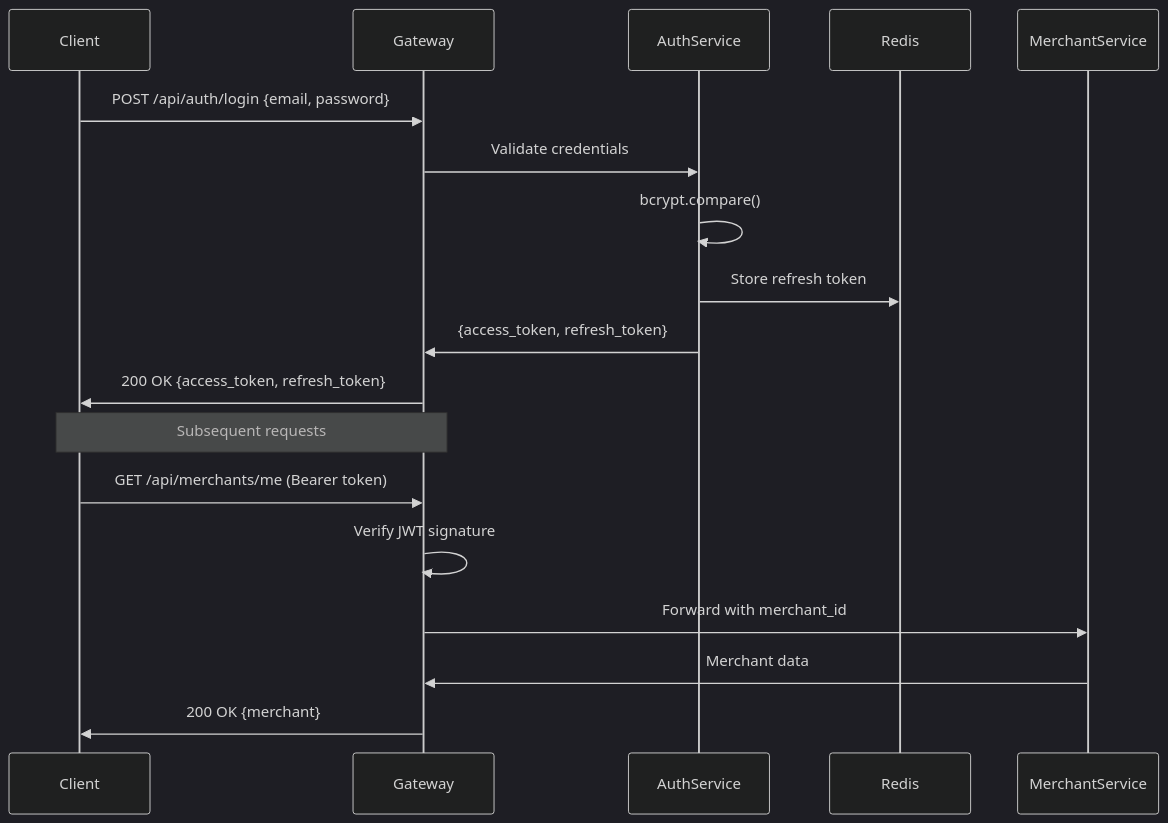
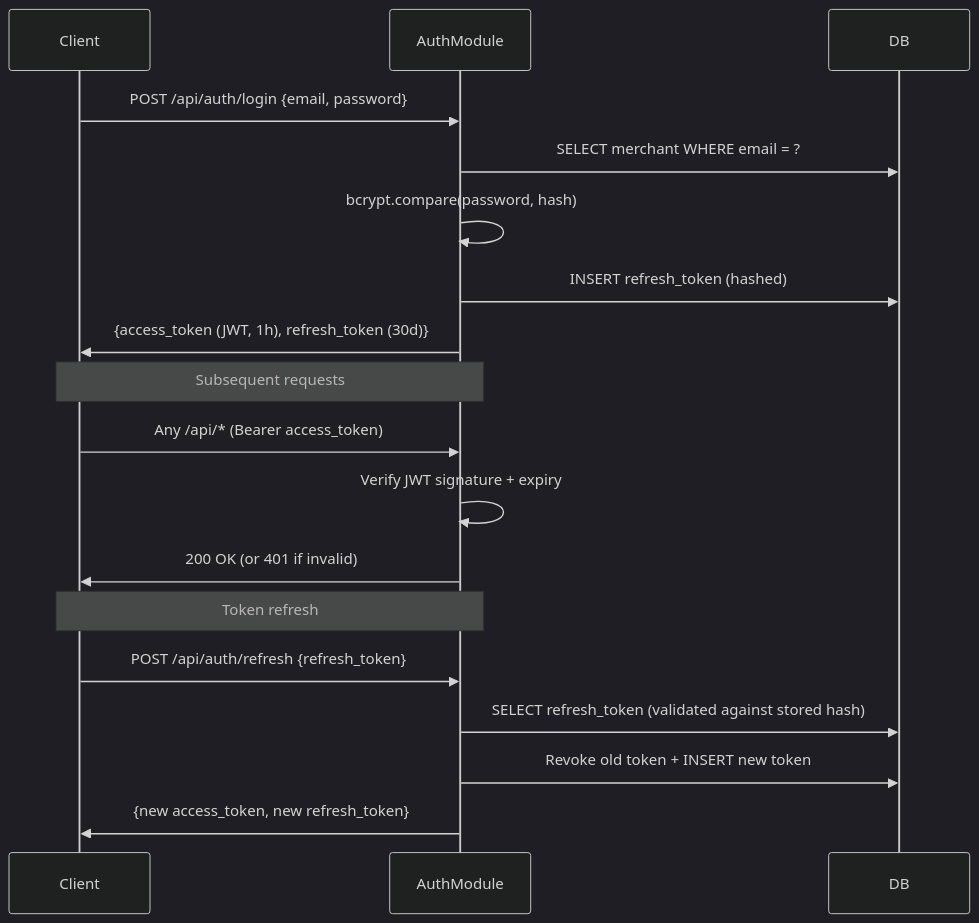
One commit to slavasolodkiy/SumUp changed the third of 4 diagrams in docs/architecture/architecture-diagram.md. Above: the diagram before and after it, drawn with Mermaid (dark theme). The commit also changed other lines of this file and 8 other files, not shown here.

````diff
--- a/docs/architecture/architecture-diagram.md
+++ b/docs/architecture/architecture-diagram.md
@@ -205,21 +179,23 @@
 ```mermaid
 sequenceDiagram
     participant Client
-    participant Gateway
-    participant AuthService
-    participant Redis
+    participant AuthModule
+    participant DB
 
-    Client->>Gateway: POST /api/auth/login {email, password}
-    Gateway->>AuthService: Validate credentials
-    AuthService->>AuthService: bcrypt.compare()
-    AuthService->>Redis: Store refresh token
-    AuthService->>Gateway: {access_token, refresh_token}
-    Gateway->>Client: 200 OK {access_token, refresh_token}
+    Client->>AuthModule: POST /api/auth/login {email, password}
+    AuthModule->>DB: SELECT merchant WHERE email = ?
+    AuthModule->>AuthModule: bcrypt.compare(password, hash)
+    AuthModule->>DB: INSERT refresh_token (hashed)
+    AuthModule->>Client: {access_token (JWT, 1h), refresh_token (30d)}
 
-    Note over Client,Gateway: Subsequent requests
-    Client->>Gateway: GET /api/merchants/me (Bearer token)
-    Gateway->>Gateway: Verify JWT signature
-    Gateway->>MerchantService: Forward with merchant_id
-    MerchantService->>Gateway: Merchant data
-    Gateway->>Client: 200 OK {merchant}
+    Note over Client,AuthModule: Subsequent requests
+    Client->>AuthModule: Any /api/* (Bearer access_token)
+    AuthModule->>AuthModule: Verify JWT signature + expiry
+    AuthModule->>Client: 200 OK (or 401 if invalid)
+
+    Note over Client,AuthModule: Token refresh
+    Client->>AuthModule: POST /api/auth/refresh {refresh_token}
+    AuthModule->>DB: SELECT refresh_token (validated against stored hash)
+    AuthModule->>DB: Revoke old token + INSERT new token
+    AuthModule->>Client: {new access_token, new refresh_token}
 ```
````
